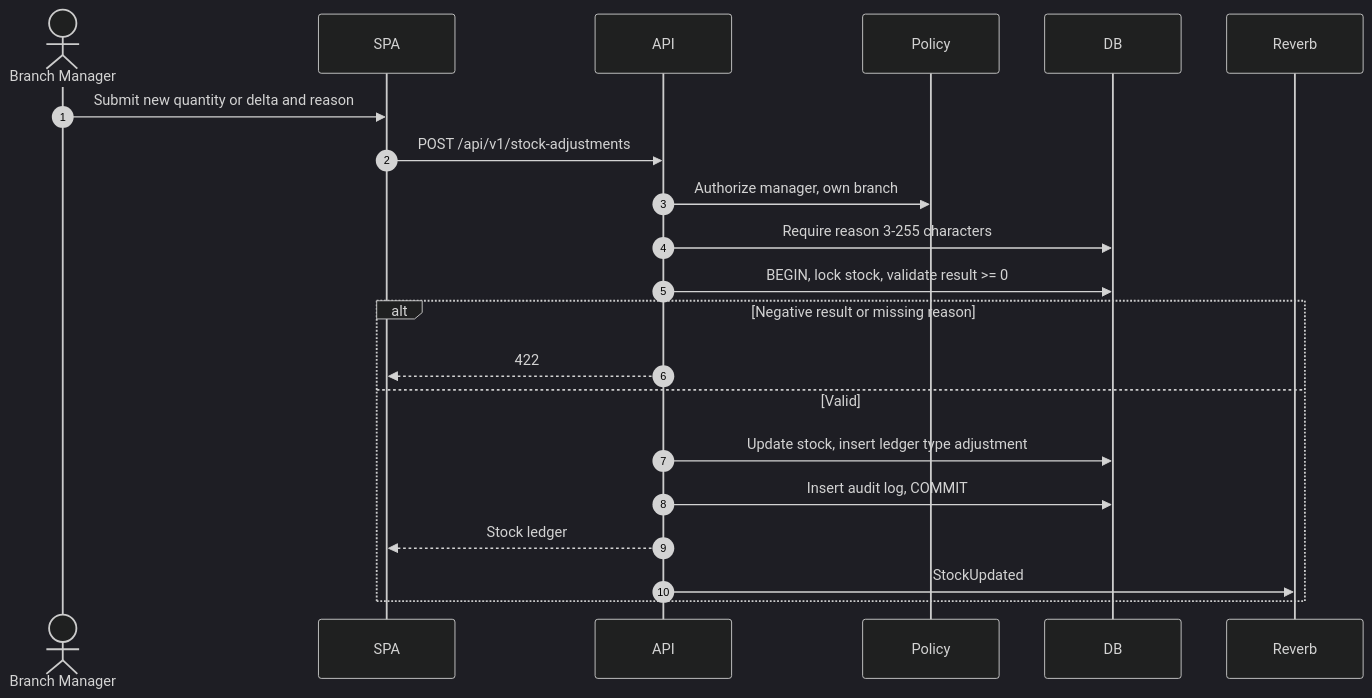
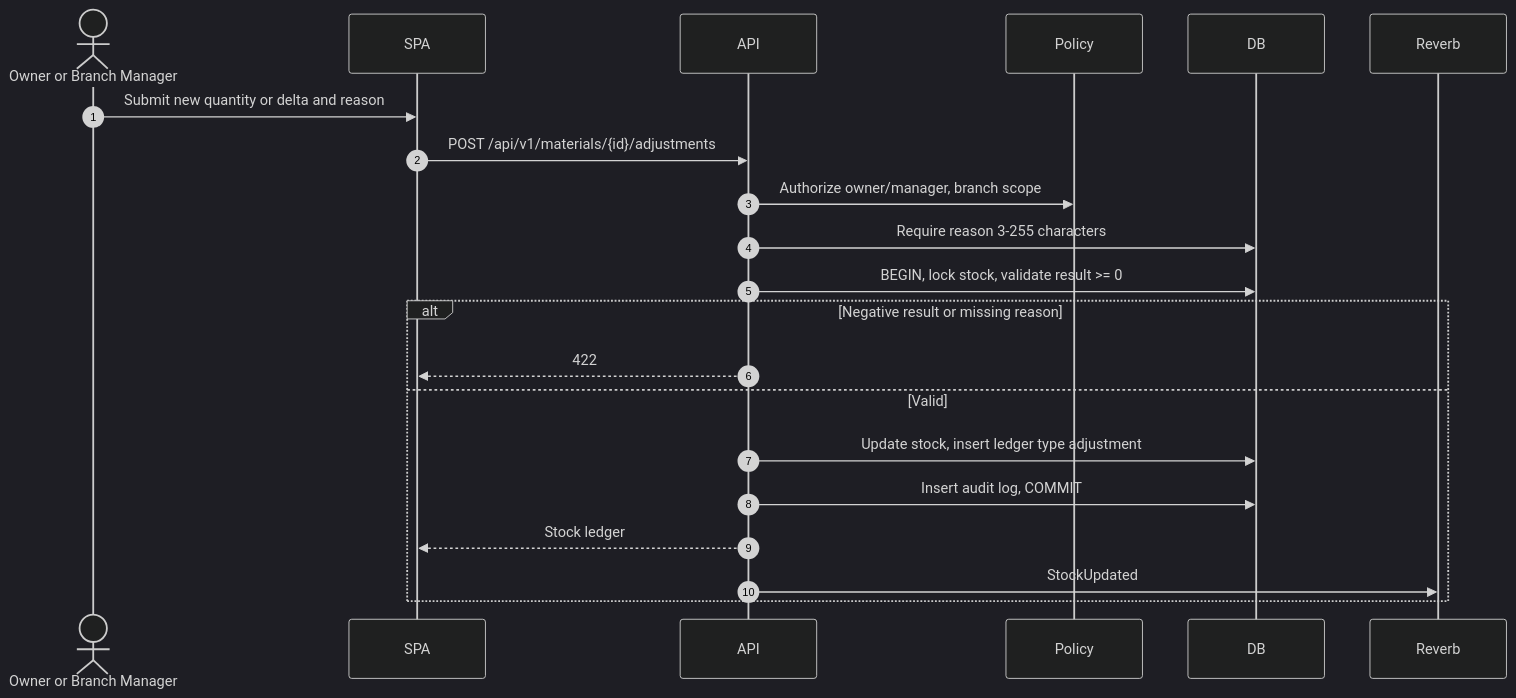
One commit to Arukast/pos_alja changed diagram 13 of 21 in docs/architecture/sequence-diagrams.md. Above: the diagram before and after it, drawn with Mermaid (dark theme). The commit also changed other lines of this file and 17 other files, not shown here.

````diff
--- a/docs/architecture/sequence-diagrams.md
+++ b/docs/architecture/sequence-diagrams.md
@@ -331,24 +335,24 @@
 ```mermaid
 sequenceDiagram
     autonumber
-    actor M as Branch Manager
+    actor A as Owner or Branch Manager
     participant SPA
     participant API
     participant Policy
     participant DB
     participant R as Reverb
 
-    M->>SPA: Submit new quantity or delta and reason
-    SPA->>API: POST /api/v1/stock-adjustments
-    API->>Policy: Authorize manager, own branch
+    A->>SPA: Submit new quantity or delta and reason
+    SPA->>API: POST /api/v1/materials/{id}/adjustments
+    API->>Policy: Authorize owner/manager, branch scope
     API->>DB: Require reason 3-255 characters
     API->>DB: BEGIN, lock stock, validate result >= 0
     alt Negative result or missing reason
         API-->>SPA: 422
     else Valid
         API->>DB: Update stock, insert ledger type adjustment
         API->>DB: Insert audit log, COMMIT
         API-->>SPA: Stock ledger
         API->>R: StockUpdated
     end
 ```
````
